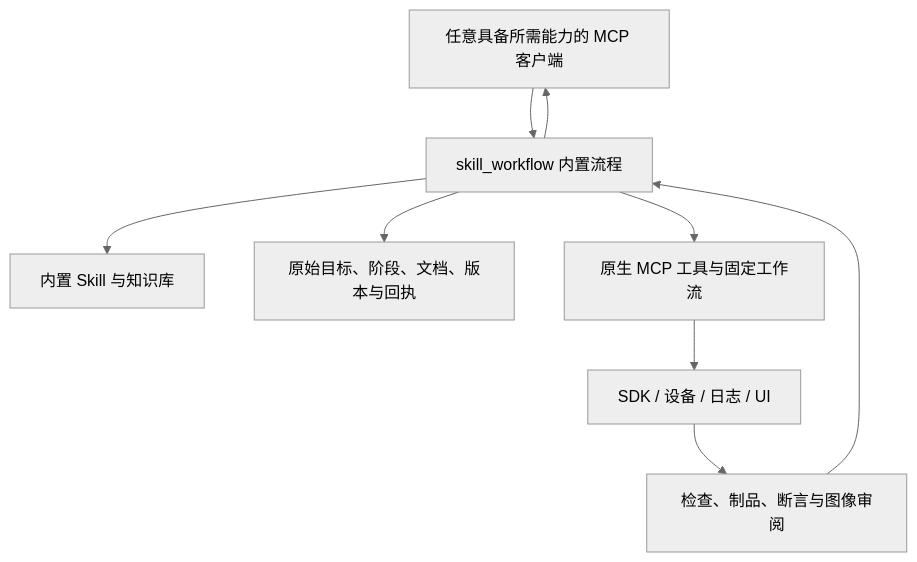
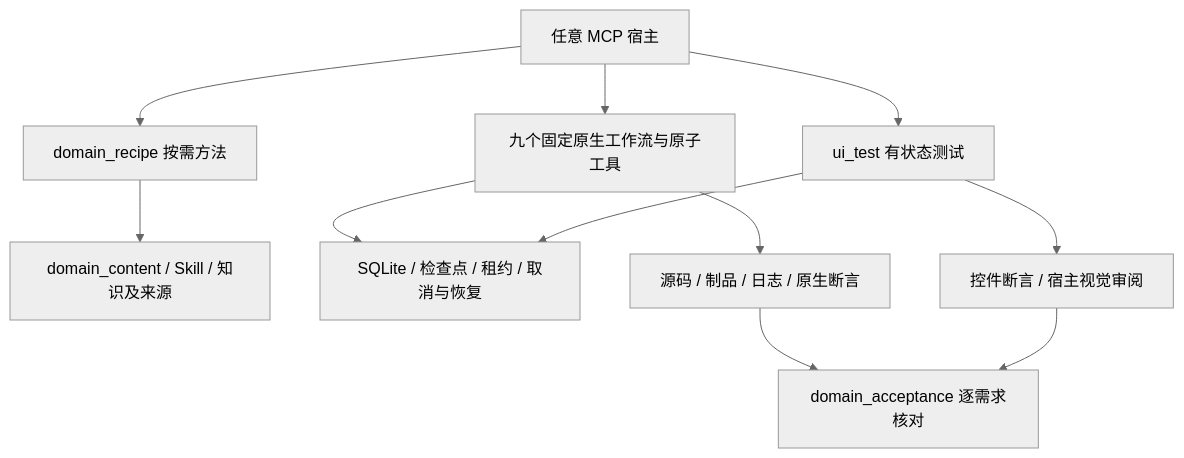
Before and after one commit to like3213934360-lab/deveco_tool: the diagram in docs/builtin-skill-workflows.md, drawn with Mermaid (neutral theme). The commit also changed other lines of this file and 329 other files, not shown here.

Commit message:
feat: consolidate native domain workflows for 0.4.0

````diff
--- a/docs/builtin-skill-workflows.md
+++ b/docs/builtin-skill-workflows.md
@@ -5,11 +5,13 @@
 ```mermaid
 flowchart TD
-  Client[任意具备所需能力的 MCP 客户端] --> Guide[skill_workflow 内置流程]
-  Guide --> Resources[内置 Skill 与知识库]
-  Guide --> State[原始目标、阶段、文档、版本与回执]
-  Guide --> Native[原生 MCP 工具与固定工作流]
-  Native --> SDK[SDK / 设备 / 日志 / UI]
-  SDK --> Evidence[检查、制品、断言与图像审阅]
-  Evidence --> Guide
-  Guide --> Client
+  Host[任意 MCP 宿主] --> Recipe[domain_recipe 按需方法]
+  Recipe --> Content[domain_content / Skill / 知识及来源]
+  Host --> Native[九个固定原生工作流与原子工具]
+  Host --> Test[ui_test 有状态测试]
+  Native --> State[SQLite / 检查点 / 租约 / 取消与恢复]
+  Test --> State
+  Native --> Evidence[源码 / 制品 / 日志 / 原生断言]
+  Test --> Review[控件断言 / 宿主视觉审阅]
+  Evidence --> Assess[domain_acceptance 逐需求核对]
+  Review --> Assess
 ```
````
